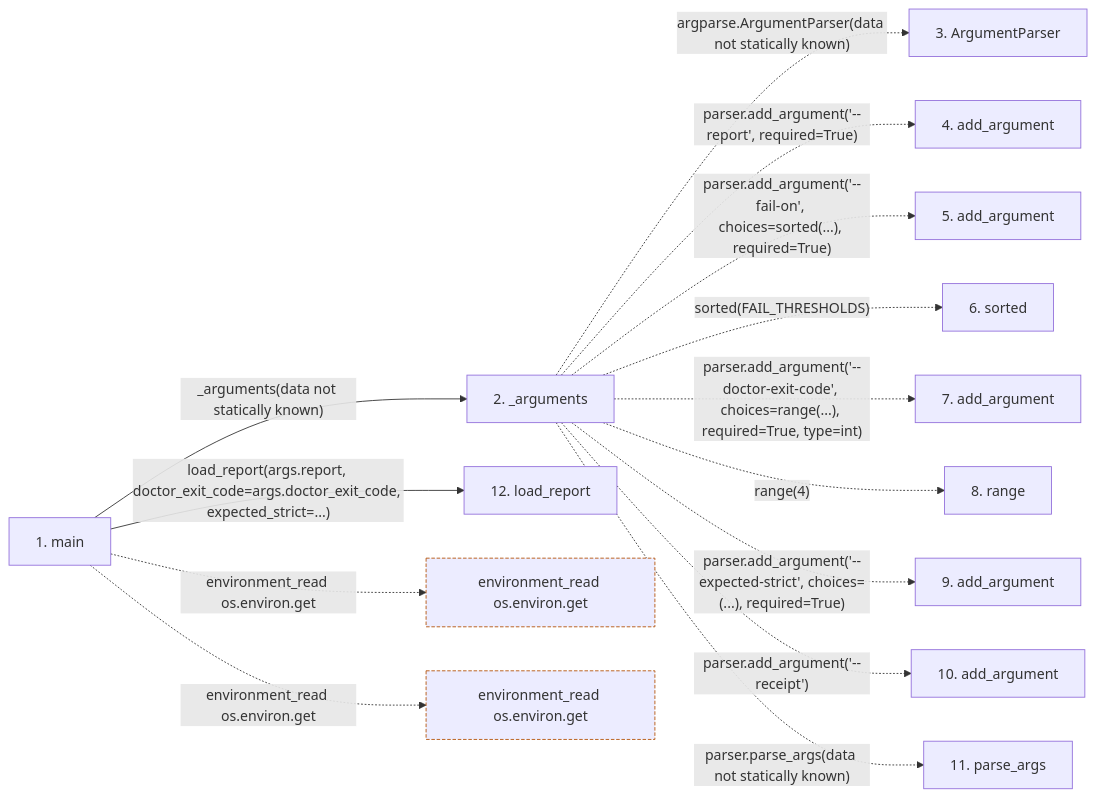
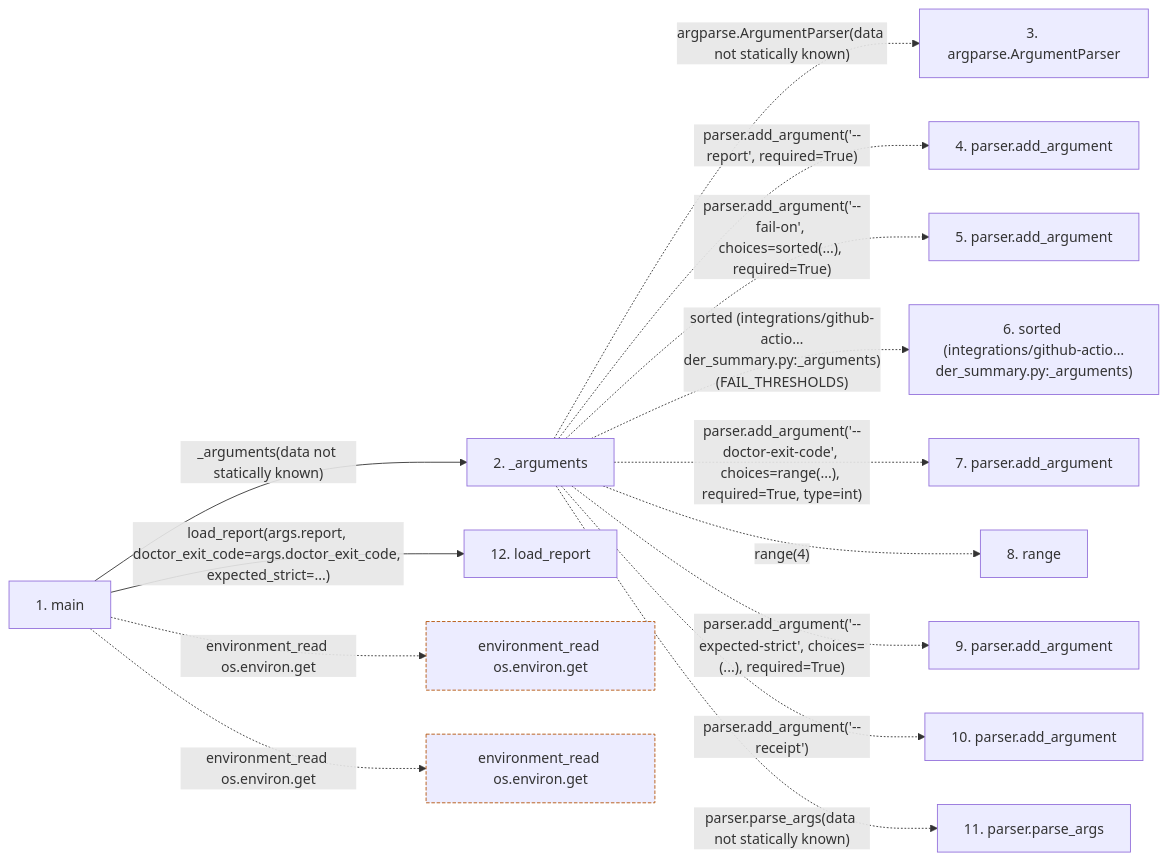
Before and after one commit to Denissvgn/python-wiki-llm: the second of 2 diagrams in docs/llm_wiki/flows/process-render_summary.md, drawn with Mermaid. The commit also changed other lines of this file and 719 other files, not shown here.

````diff
--- a/docs/llm_wiki/flows/process-render_summary.md
+++ b/docs/llm_wiki/flows/process-render_summary.md
@@ -73,36 +79,36 @@
 ```mermaid
 flowchart LR
     s1["1. main"]
     s2["2. _arguments"]
-    s3["3. ArgumentParser"]
-    s4["4. add_argument"]
-    s5["5. add_argument"]
-    s6["6. sorted"]
-    s7["7. add_argument"]
+    s3["3. argparse.ArgumentParser"]
+    s4["4. parser.add_argument"]
+    s5["5. parser.add_argument"]
+    s6["6. sorted (integrations/github-actio…der_summary.py:_arguments)"]
+    s7["7. parser.add_argument"]
     s8["8. range"]
-    s9["9. add_argument"]
-    s10["10. add_argument"]
-    s11["11. parse_args"]
+    s9["9. parser.add_argument"]
+    s10["10. parser.add_argument"]
+    s11["11. parser.parse_args"]
     s12["12. load_report"]
     s1 -->|"_arguments(data not statically known)"| s2
     s2 -. "argparse.ArgumentParser(data not statically known)" .-> s3
     s2 -. "parser.add_argument('--report', required=True)" .-> s4
     s2 -. "parser.add_argument('--fail-on', choices=sorted(...), required=True)" .-> s5
-    s2 -. "sorted(FAIL_THRESHOLDS)" .-> s6
+    s2 -. "sorted (integrations/github-actio…der_summary.py:_arguments)(FAIL_THRESHOLDS)" .-> s6
     s2 -. "parser.add_argument('--doctor-exit-code', choices=range(...), required=True, type=int)" .-> s7
     s2 -. "range(4)" .-> s8
     s2 -. "parser.add_argument('--expected-strict', choices=(...), required=True)" .-> s9
     s2 -. "parser.add_argument('--receipt')" .-> s10
     s2 -. "parser.parse_args(data not statically known)" .-> s11
     s1 -->|"load_report(args.report, doctor_exit_code=args.doctor_exit_code, expected_strict=...)"| s12
     b0["environment_read os.environ.get"]
     s1 -. "environment_read os.environ.get" .-> b0
     b1["environment_read os.environ.get"]
     s1 -. "environment_read os.environ.get" .-> b1
     click s1 "../modules/render_summary.md"
     click s2 "../modules/render_summary.md"
     click s12 "../modules/render_summary.md"
     classDef boundary stroke:#b45309,stroke-dasharray: 4 2
     class b0 boundary
     class b1 boundary
 ```
````
